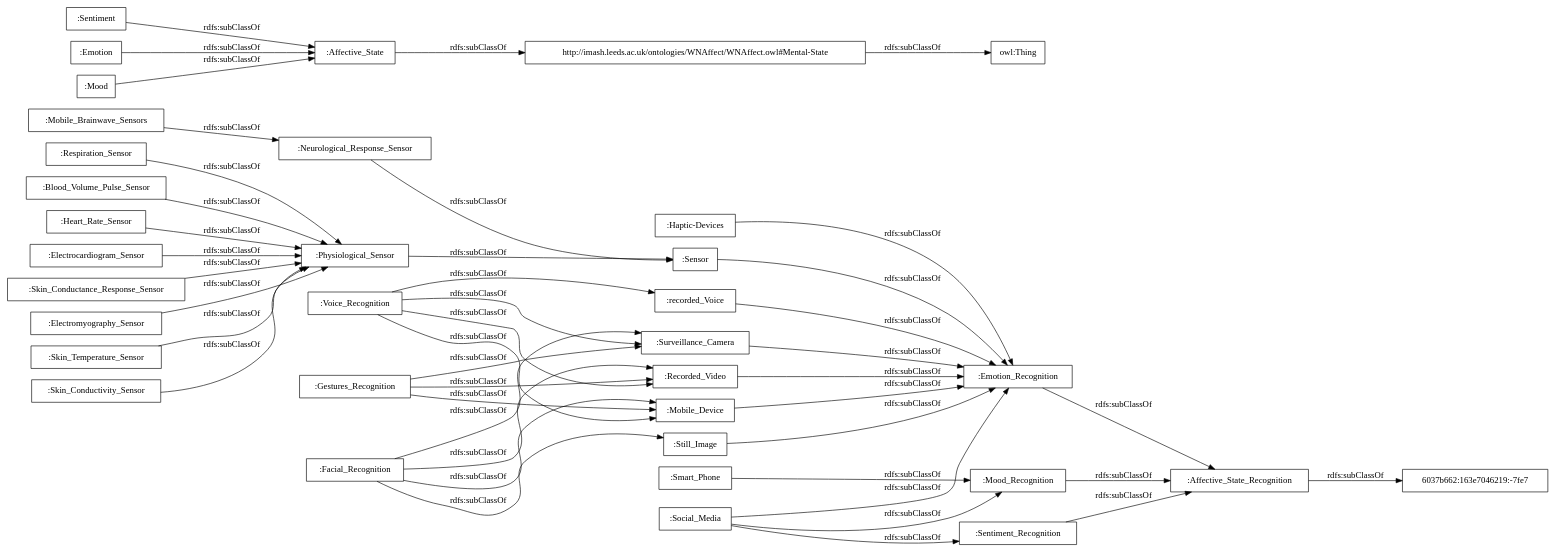
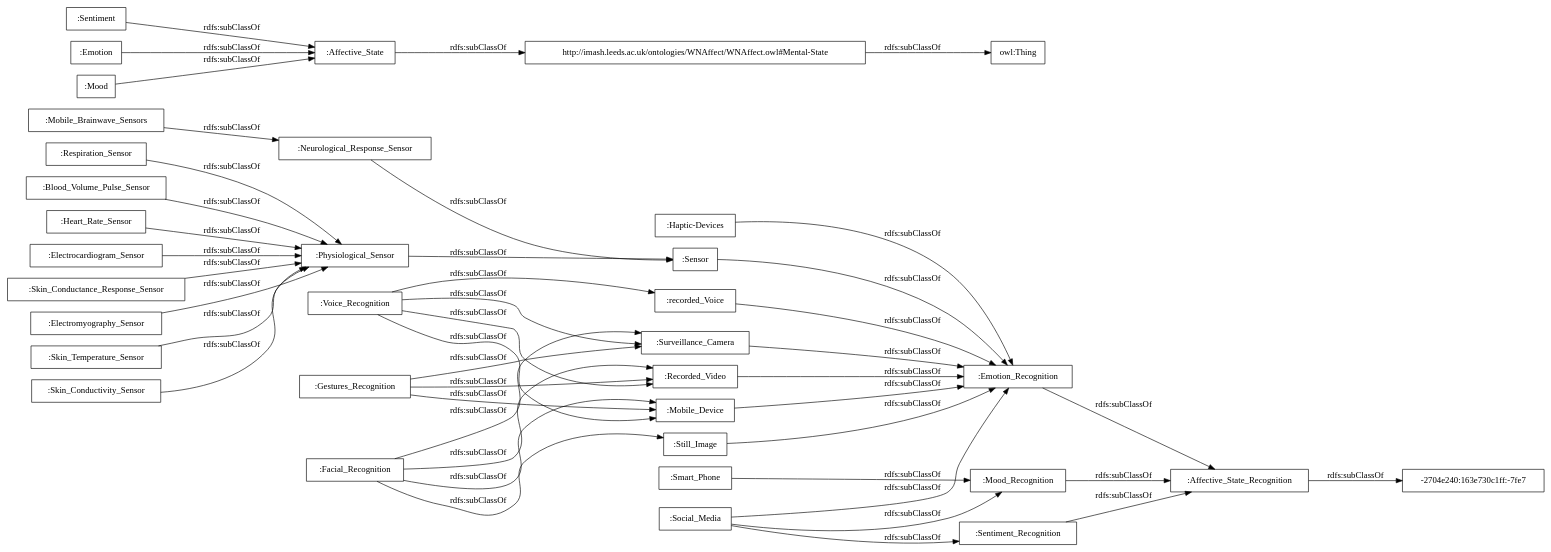
Before and after one commit to rana-othman/HASIO-Modularization: the diagram in OnToology/Affective_States_Recognition_Module.owl/diagrams/ar2dtool-taxonomy/Affective_States_Recognition_Module.owl.png.dot, drawn with Graphviz. The commit also changed 44 other files, not shown here.

```diff
--- a/OnToology/Affective_States_Recognition_Module.owl/diagrams/ar2dtool-taxonomy/Affective_States_Recognition_Module.owl.png.dot
+++ b/OnToology/Affective_States_Recognition_Module.owl/diagrams/ar2dtool-taxonomy/Affective_States_Recognition_Module.owl.png.dot
@@ -1,48 +1,48 @@
 digraph ar2dtool_diagram { 
 rankdir=LR;
 size="1000"
-node [shape = rectangle, color="black"]; ":Mobile_Device" ":Voice_Recognition" ":Sentiment" ":Heart_Rate_Sensor" ":Neurological_Response_Sensor" ":Haptic-Devices" ":Electrocardiogram_Sensor" ":Still_Image" ":Sensor" ":Emotion" ":Skin_Conductance_Response_Sensor" ":Mood" ":Mobile_Brainwave_Sensors" ":Affective_State" ":recorded_Voice" ":Electromyography_Sensor" ":Physiological_Sensor" ":Emotion_Recognition" ":Skin_Temperature_Sensor" ":Facial_Recognition" ":Skin_Conductivity_Sensor" ":Recorded_Video" ":Surveillance_Camera" ":Gestures_Recognition" "http://imash.leeds.ac.uk/ontologies/WNAffect/WNAffect.owl#Mental-State" ":Mood_Recognition" ":Smart_Phone" ":Sentiment_Recognition" ":Social_Media" ":Respiration_Sensor" "6037b662:163e7046219:-7fe7" ":Blood_Volume_Pulse_Sensor" ":Affective_State_Recognition" ; /*classes style*/
+node [shape = rectangle, color="black"]; ":Mobile_Device" ":Voice_Recognition" ":Sentiment" ":Heart_Rate_Sensor" ":Neurological_Response_Sensor" ":Haptic-Devices" ":Electrocardiogram_Sensor" ":Still_Image" ":Sensor" ":Emotion" ":Skin_Conductance_Response_Sensor" ":Mood" ":Mobile_Brainwave_Sensors" ":Affective_State" "-2704e240:163e730c1ff:-7fe7" ":recorded_Voice" ":Electromyography_Sensor" ":Physiological_Sensor" ":Emotion_Recognition" ":Skin_Temperature_Sensor" ":Facial_Recognition" ":Skin_Conductivity_Sensor" ":Recorded_Video" ":Surveillance_Camera" ":Smart_Phone" ":Gestures_Recognition" "http://imash.leeds.ac.uk/ontologies/WNAffect/WNAffect.owl#Mental-State" ":Mood_Recognition" ":Sentiment_Recognition" ":Social_Media" ":Respiration_Sensor" ":Blood_Volume_Pulse_Sensor" ":Affective_State_Recognition" ; /*classes style*/
 	":Emotion_Recognition" -> ":Affective_State_Recognition" [ label = "rdfs:subClassOf" ];
 	":Voice_Recognition" -> ":recorded_Voice" [ label = "rdfs:subClassOf" ];
 	":Voice_Recognition" -> ":Surveillance_Camera" [ label = "rdfs:subClassOf" ];
 	":Voice_Recognition" -> ":Recorded_Video" [ label = "rdfs:subClassOf" ];
 	":Voice_Recognition" -> ":Mobile_Device" [ label = "rdfs:subClassOf" ];
 	":Skin_Conductance_Response_Sensor" -> ":Physiological_Sensor" [ label = "rdfs:subClassOf" ];
 	":Smart_Phone" -> ":Mood_Recognition" [ label = "rdfs:subClassOf" ];
 	":Electromyography_Sensor" -> ":Physiological_Sensor" [ label = "rdfs:subClassOf" ];
 	":recorded_Voice" -> ":Emotion_Recognition" [ label = "rdfs:subClassOf" ];
 	":Emotion" -> ":Affective_State" [ label = "rdfs:subClassOf" ];
 	":Skin_Conductivity_Sensor" -> ":Physiological_Sensor" [ label = "rdfs:subClassOf" ];
 	"http://imash.leeds.ac.uk/ontologies/WNAffect/WNAffect.owl#Mental-State" -> "owl:Thing" [ label = "rdfs:subClassOf" ];
 	":Facial_Recognition" -> ":Surveillance_Camera" [ label = "rdfs:subClassOf" ];
 	":Facial_Recognition" -> ":Still_Image" [ label = "rdfs:subClassOf" ];
 	":Facial_Recognition" -> ":Recorded_Video" [ label = "rdfs:subClassOf" ];
 	":Facial_Recognition" -> ":Mobile_Device" [ label = "rdfs:subClassOf" ];
 	":Skin_Temperature_Sensor" -> ":Physiological_Sensor" [ label = "rdfs:subClassOf" ];
 	":Sentiment" -> ":Affective_State" [ label = "rdfs:subClassOf" ];
 	":Mood_Recognition" -> ":Affective_State_Recognition" [ label = "rdfs:subClassOf" ];
 	":Neurological_Response_Sensor" -> ":Sensor" [ label = "rdfs:subClassOf" ];
 	":Affective_State" -> "http://imash.leeds.ac.uk/ontologies/WNAffect/WNAffect.owl#Mental-State" [ label = "rdfs:subClassOf" ];
 	":Mobile_Brainwave_Sensors" -> ":Neurological_Response_Sensor" [ label = "rdfs:subClassOf" ];
 	":Still_Image" -> ":Emotion_Recognition" [ label = "rdfs:subClassOf" ];
-	":Affective_State_Recognition" -> "6037b662:163e7046219:-7fe7" [ label = "rdfs:subClassOf" ];
+	":Affective_State_Recognition" -> "-2704e240:163e730c1ff:-7fe7" [ label = "rdfs:subClassOf" ];
 	":Recorded_Video" -> ":Emotion_Recognition" [ label = "rdfs:subClassOf" ];
 	":Sentiment_Recognition" -> ":Affective_State_Recognition" [ label = "rdfs:subClassOf" ];
 	":Blood_Volume_Pulse_Sensor" -> ":Physiological_Sensor" [ label = "rdfs:subClassOf" ];
 	":Gestures_Recognition" -> ":Surveillance_Camera" [ label = "rdfs:subClassOf" ];
 	":Gestures_Recognition" -> ":Recorded_Video" [ label = "rdfs:subClassOf" ];
 	":Gestures_Recognition" -> ":Mobile_Device" [ label = "rdfs:subClassOf" ];
 	":Surveillance_Camera" -> ":Emotion_Recognition" [ label = "rdfs:subClassOf" ];
 	":Mobile_Device" -> ":Emotion_Recognition" [ label = "rdfs:subClassOf" ];
 	":Haptic-Devices" -> ":Emotion_Recognition" [ label = "rdfs:subClassOf" ];
 	":Physiological_Sensor" -> ":Sensor" [ label = "rdfs:subClassOf" ];
 	":Electrocardiogram_Sensor" -> ":Physiological_Sensor" [ label = "rdfs:subClassOf" ];
 	":Sensor" -> ":Emotion_Recognition" [ label = "rdfs:subClassOf" ];
 	":Mood" -> ":Affective_State" [ label = "rdfs:subClassOf" ];
 	":Heart_Rate_Sensor" -> ":Physiological_Sensor" [ label = "rdfs:subClassOf" ];
 	":Respiration_Sensor" -> ":Physiological_Sensor" [ label = "rdfs:subClassOf" ];
 	":Social_Media" -> ":Sentiment_Recognition" [ label = "rdfs:subClassOf" ];
 	":Social_Media" -> ":Mood_Recognition" [ label = "rdfs:subClassOf" ];
 	":Social_Media" -> ":Emotion_Recognition" [ label = "rdfs:subClassOf" ];
 
 }
```
